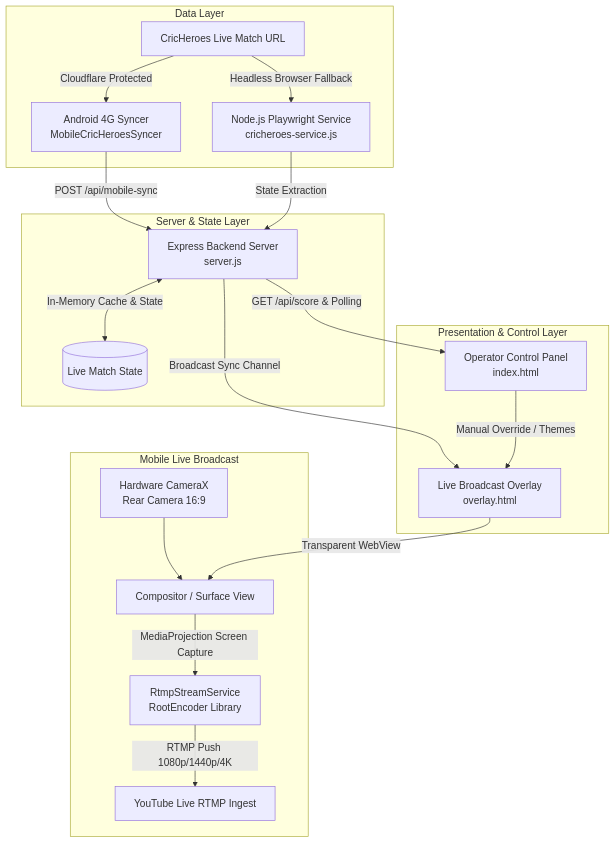
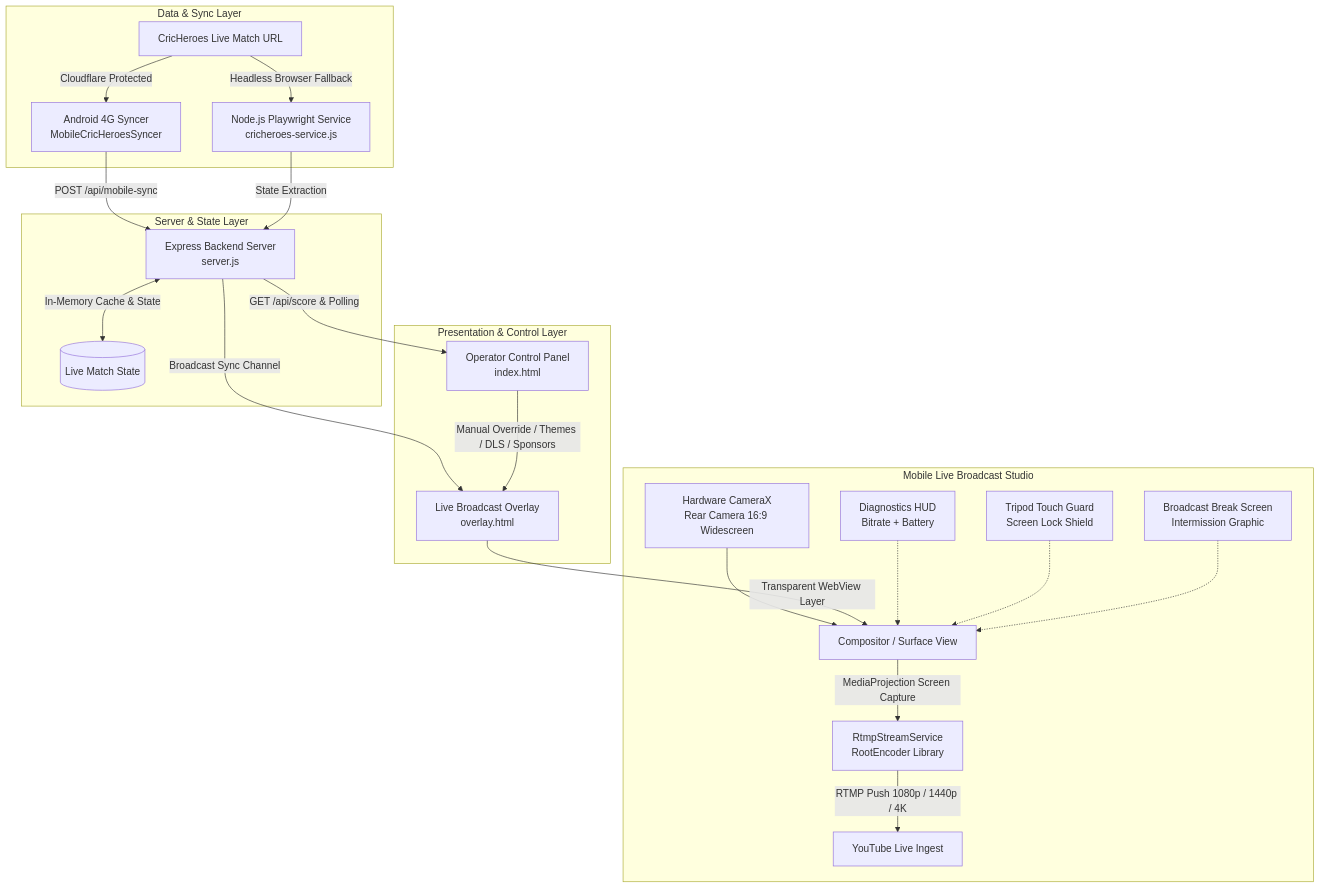
The diagram in FUNCTIONALITY.md (kannanpadr/CricLive), drawn with Mermaid before and after one commit. The commit also changed other lines of this file and 3 other files, not shown here.

````diff
--- a/FUNCTIONALITY.md
+++ b/FUNCTIONALITY.md
@@ -7,26 +7,29 @@
 ```mermaid
 graph TD
-    subgraph Data Layer
+    subgraph Data & Sync Layer
         CH[CricHeroes Live Match URL] -->|Cloudflare Protected| MS[Android 4G Syncer\nMobileCricHeroesSyncer]
         CH -->|Headless Browser Fallback| PS[Node.js Playwright Service\ncricheroes-service.js]
     end
 
     subgraph Server & State Layer
         MS -->|POST /api/mobile-sync| SRV[Express Backend Server\nserver.js]
         PS -->|State Extraction| SRV
         SRV <-->|In-Memory Cache & State| DB[(Live Match State)]
     end
 
     subgraph Presentation & Control Layer
         SRV -->|GET /api/score & Polling| CP[Operator Control Panel\nindex.html]
         SRV -->|Broadcast Sync Channel| OV[Live Broadcast Overlay\noverlay.html]
-        CP -->|Manual Override / Themes| OV
+        CP -->|Manual Override / Themes / DLS / Sponsors| OV
     end
 
-    subgraph Mobile Live Broadcast
-        CAM[Hardware CameraX\nRear Camera 16:9] --> MIX[Compositor / Surface View]
-        OV -->|Transparent WebView| MIX
+    subgraph Mobile Live Broadcast Studio
+        CAM[Hardware CameraX\nRear Camera 16:9 Widescreen] --> MIX[Compositor / Surface View]
+        OV -->|Transparent WebView Layer| MIX
         MIX -->|MediaProjection Screen Capture| RTMP[RtmpStreamService\nRootEncoder Library]
-        RTMP -->|RTMP Push 1080p/1440p/4K| YT[YouTube Live RTMP Ingest]
+        RTMP -->|RTMP Push 1080p / 1440p / 4K| YT[YouTube Live Ingest]
+        HUD[Diagnostics HUD\nBitrate + Battery] -.-> MIX
+        LOCK[Tripod Touch Guard\nScreen Lock Shield] -.-> MIX
+        BREAK[Broadcast Break Screen\nIntermission Graphic] -.-> MIX
     end
 ```
````
